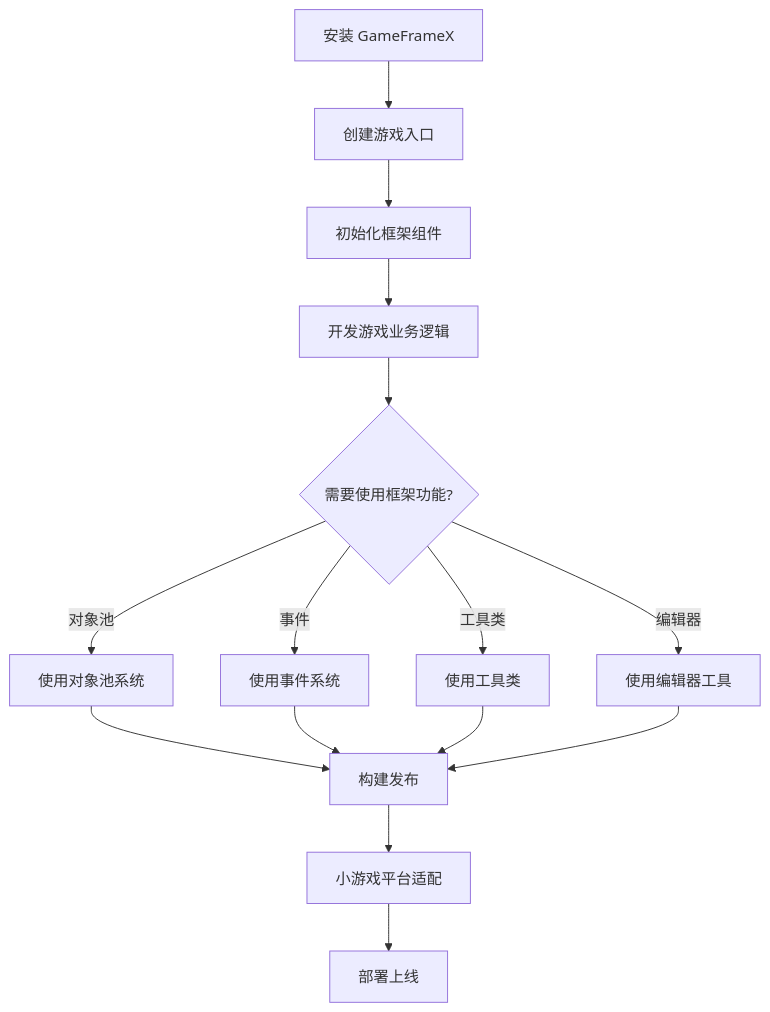
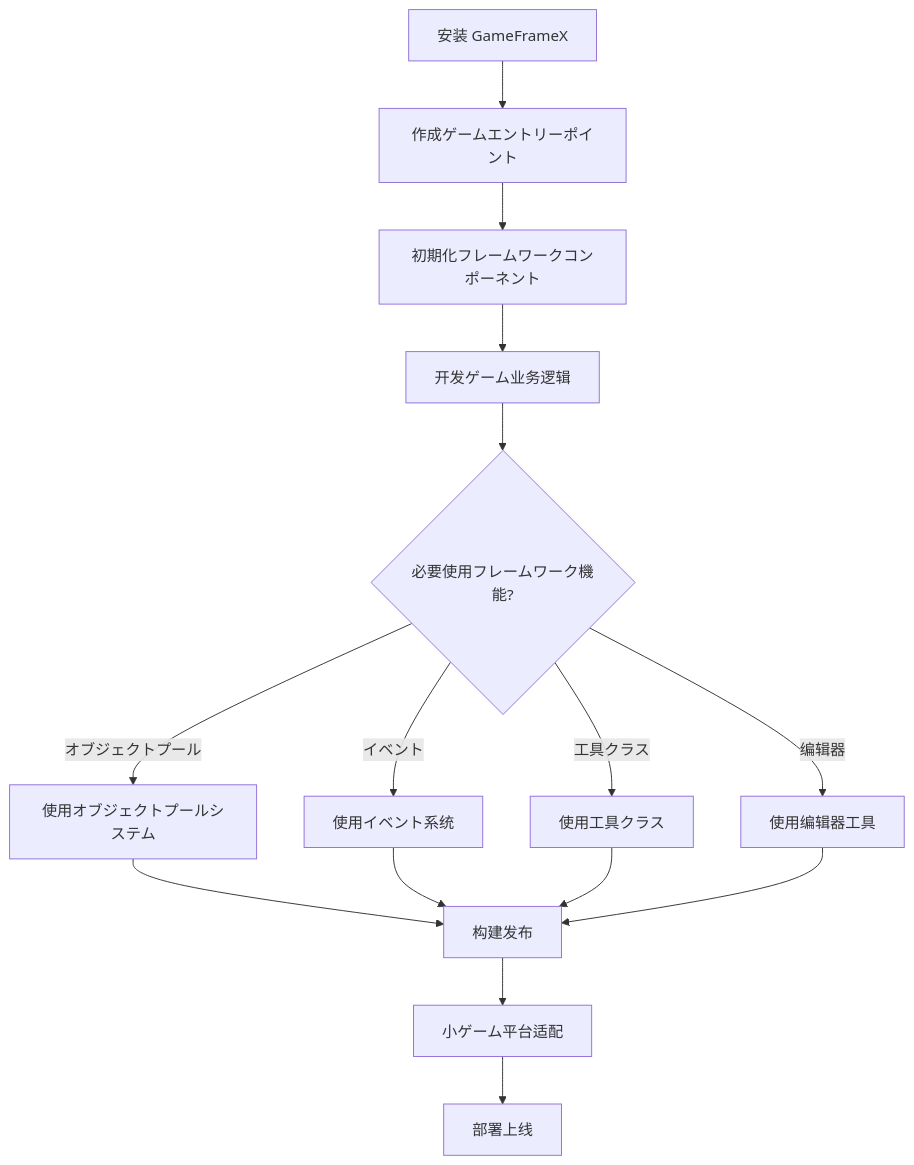
One commit to AlianBlank/GameFrameX.Docs changed the second of 3 diagrams in docs/ja/client/unity/component/core/03.getting-started.md. Above: the diagram before and after it, drawn with Mermaid. The commit also changed other lines of this file and 603 other files, not shown here.

````diff
--- a/docs/ja/client/unity/component/core/03.getting-started.md
+++ b/docs/ja/client/unity/component/core/03.getting-started.md
@@ -385,17 +385,17 @@
 ```mermaid
 flowchart TD
-    A[安装 GameFrameX] --> B[创建游戏入口]
-    B --> C[初始化框架组件]
-    C --> D[开发游戏业务逻辑]
-    D --> E{需要使用框架功能?}
-    E -->|对象池| F[使用对象池系统]
-    E -->|事件| G[使用事件系统]
-    E -->|工具类| H[使用工具类]
+    A[安装 GameFrameX] --> B[作成ゲームエントリーポイント]
+    B --> C[初期化フレームワークコンポーネント]
+    C --> D[开发ゲーム业务逻辑]
+    D --> E{必要使用フレームワーク機能?}
+    E -->|オブジェクトプール| F[使用オブジェクトプールシステム]
+    E -->|イベント| G[使用イベント系统]
+    E -->|工具クラス| H[使用工具クラス]
     E -->|编辑器| I[使用编辑器工具]
     F --> J[构建发布]
     G --> J
     H --> J
     I --> J
-    J --> K[小游戏平台适配]
+    J --> K[小ゲーム平台适配]
     K --> L[部署上线]
 ```
````
